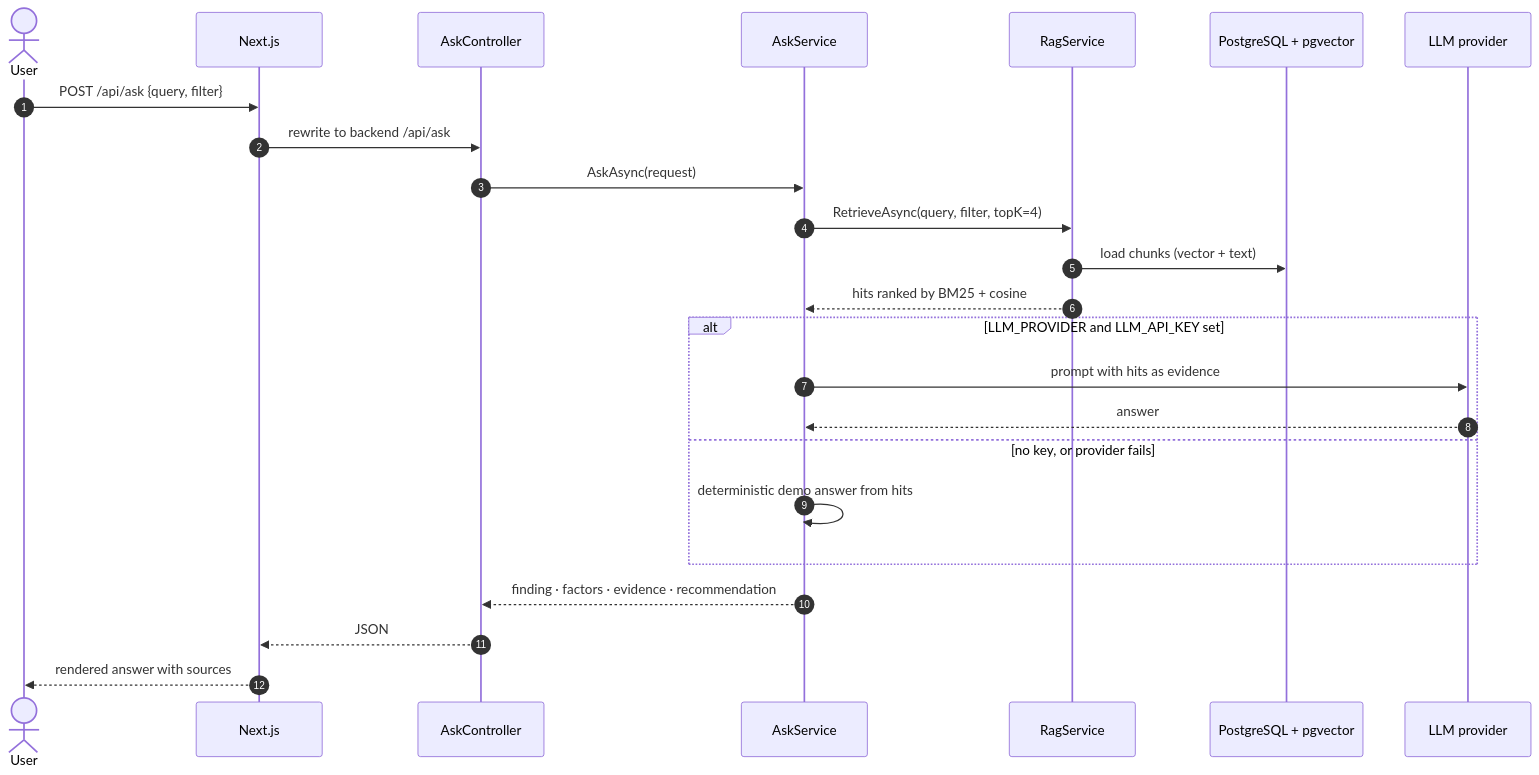
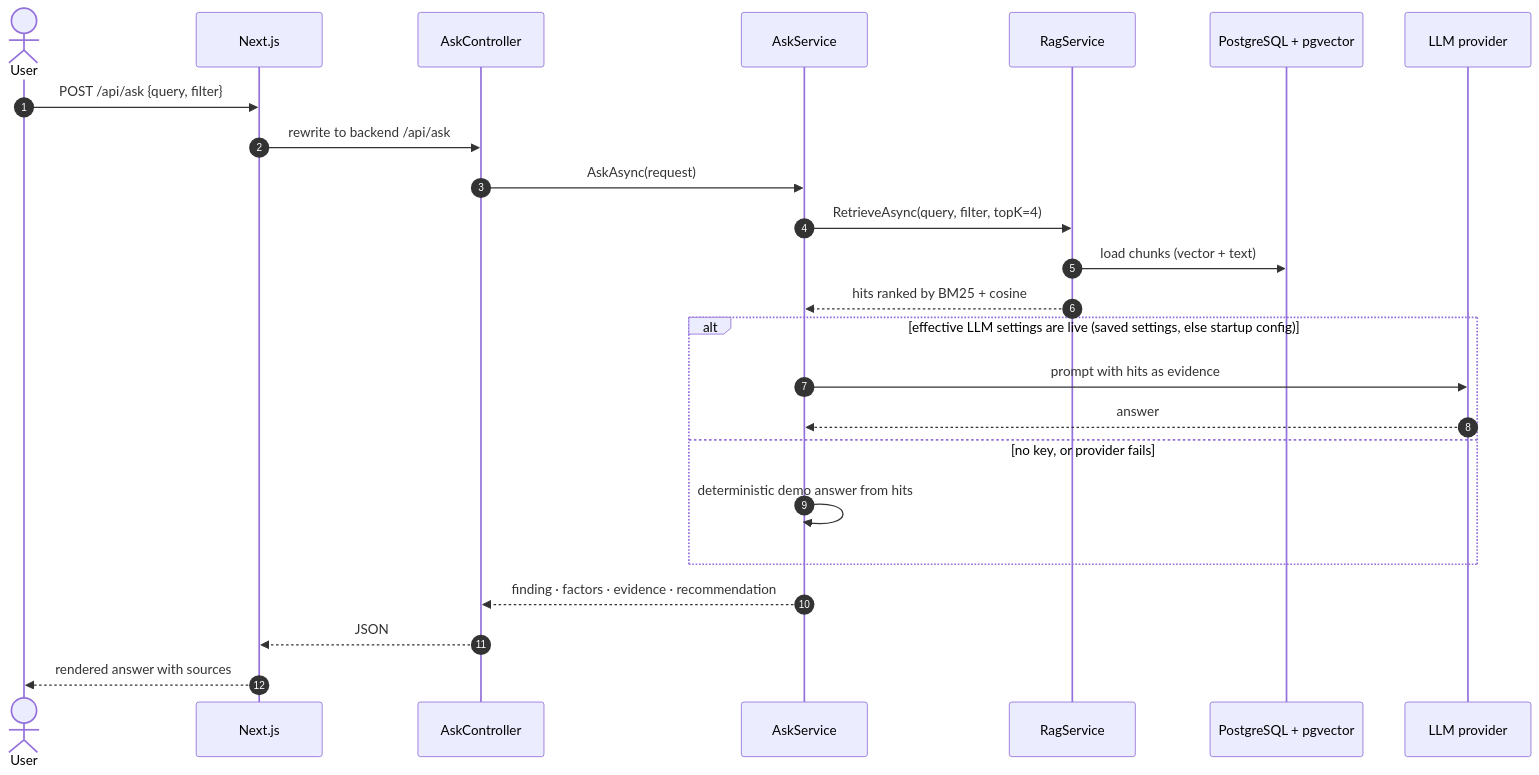
Before and after one commit to shamiulriyad/FactoryBrain: the third of 7 diagrams in ARCHITECTURE.md, drawn with Mermaid. The commit also changed other lines of this file and 184 other files, not shown here.

````diff
--- a/ARCHITECTURE.md
+++ b/ARCHITECTURE.md
@@ -116,27 +118,27 @@
 ```mermaid
 sequenceDiagram
     autonumber
     actor U as User
     participant N as Next.js
     participant C as AskController
     participant A as AskService
     participant R as RagService
     participant DB as PostgreSQL + pgvector
     participant L as LLM provider
 
     U->>N: POST /api/ask {query, filter}
     N->>C: rewrite to backend /api/ask
     C->>A: AskAsync(request)
     A->>R: RetrieveAsync(query, filter, topK=4)
     R->>DB: load chunks (vector + text)
     R-->>A: hits ranked by BM25 + cosine
-    alt LLM_PROVIDER and LLM_API_KEY set
+    alt effective LLM settings are live (saved settings, else startup config)
         A->>L: prompt with hits as evidence
         L-->>A: answer
     else no key, or provider fails
         A->>A: deterministic demo answer from hits
     end
     A-->>C: finding · factors · evidence · recommendation
     C-->>N: JSON
     N-->>U: rendered answer with sources
 ```
````
